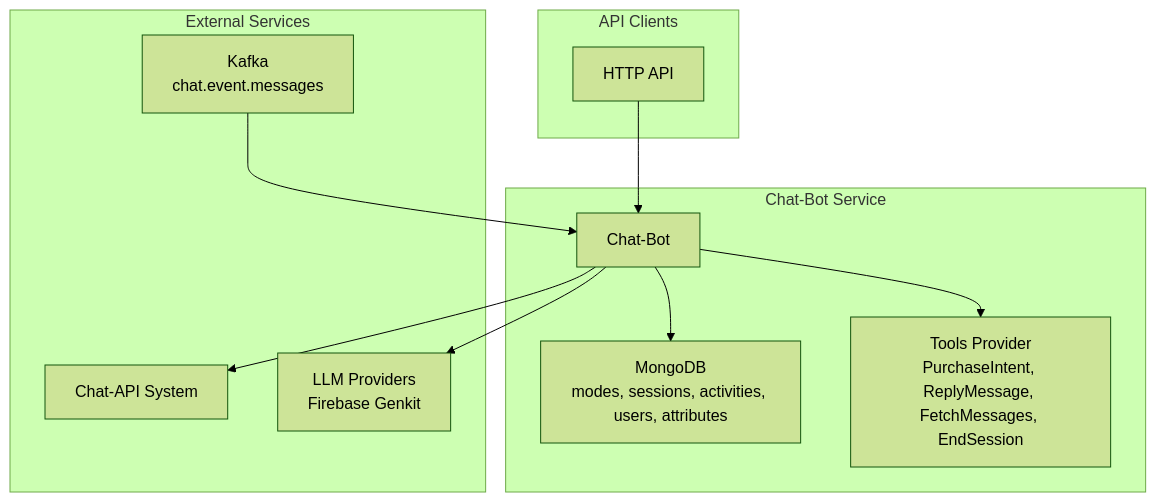
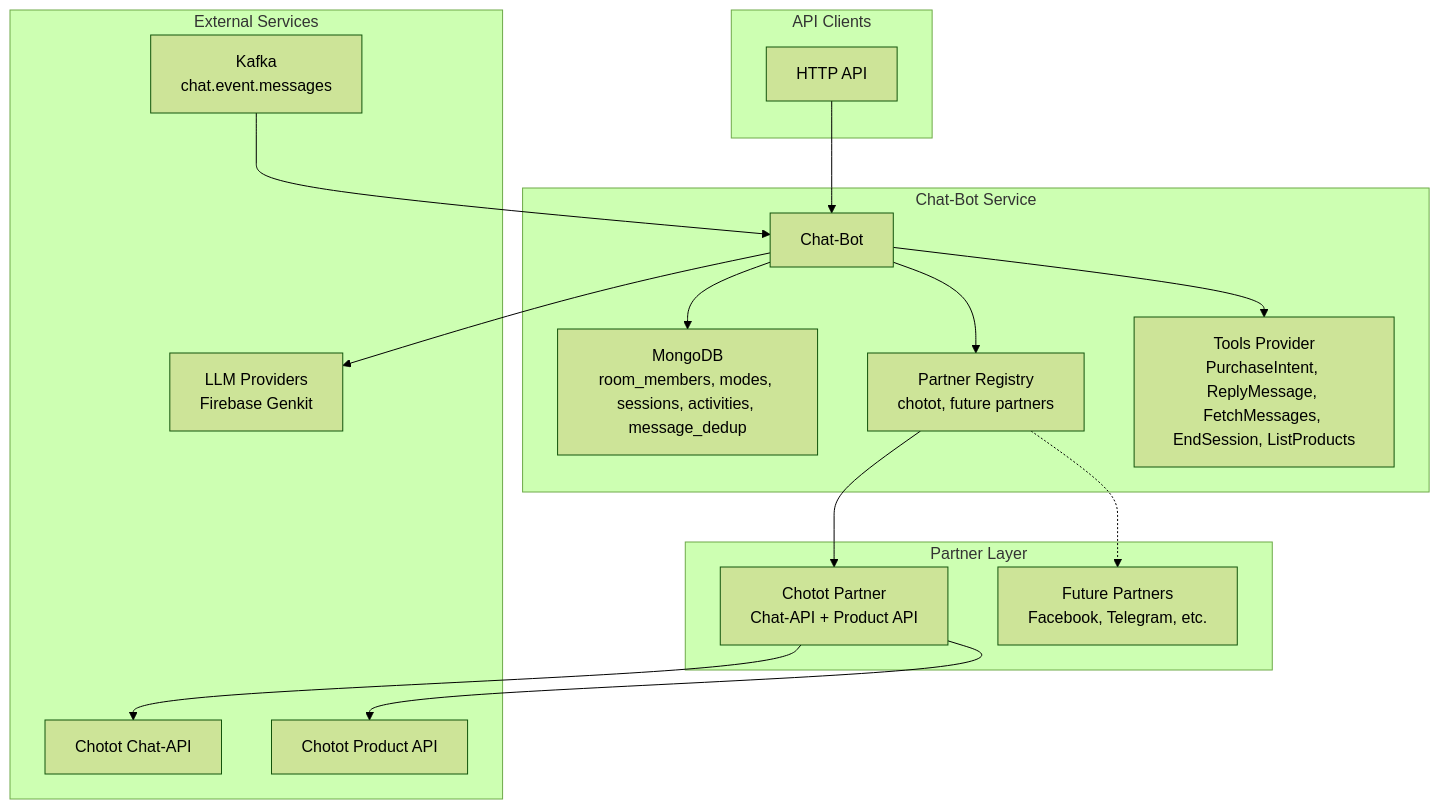
Before and after one commit to nguyentranbao-ct/chat-bot: the first of 3 diagrams in docs/architecture.md, drawn with Mermaid (forest theme). The commit also changed other lines of this file and 20 other files, not shown here.

````diff
--- a/docs/architecture.md
+++ b/docs/architecture.md
@@ -13,25 +13,36 @@
 ```mermaid
 graph TB
     subgraph "Chat-Bot Service"
         CB[Chat-Bot]
-        CBDB[MongoDB<br/>modes, sessions, activities, users, attributes]
+        CBDB[MongoDB<br/>room_members, modes, sessions, activities, message_dedup]
         CB --> CBDB
-        TOOLS[Tools Provider<br/>PurchaseIntent, ReplyMessage, FetchMessages, EndSession]
+        PR[Partner Registry<br/>chotot, future partners]
+        CB --> PR
+        TOOLS[Tools Provider<br/>PurchaseIntent, ReplyMessage, FetchMessages, EndSession, ListProducts]
         CB --> TOOLS
+    end
+
+    subgraph "Partner Layer"
+        CP[Chotot Partner<br/>Chat-API + Product API]
+        FP[Future Partners<br/>Facebook, Telegram, etc.]
+        PR --> CP
+        PR -.-> FP
     end
 
     subgraph "External Services"
         KAFKA[Kafka<br/>chat.event.messages]
-        CAPIS[Chat-API System]
+        CAPIS[Chotot Chat-API]
+        PRODS[Chotot Product API]
         LLM[LLM Providers<br/>Firebase Genkit]
     end
 
     subgraph "API Clients"
         HTTP_API[HTTP API]
     end
 
     HTTP_API --> CB
     KAFKA --> CB
-    CB --> CAPIS
+    CP --> CAPIS
+    CP --> PRODS
     CB --> LLM
 ```
````
